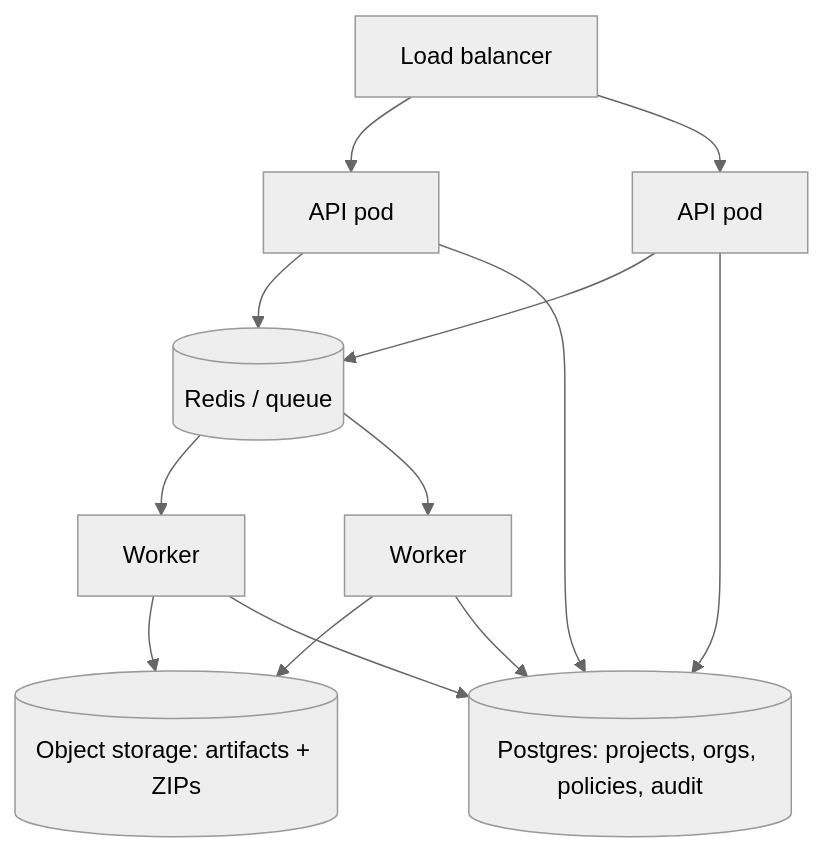
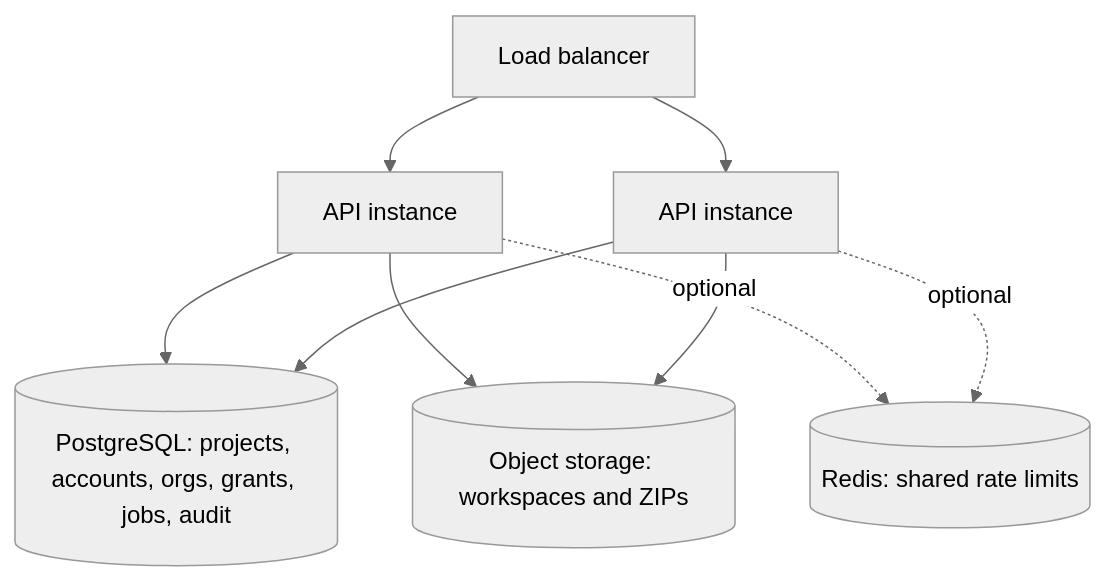
One commit to Kolanupaka92/iactranslate changed the second of 2 diagrams in docs/deployment.md. Above: the diagram before and after it, drawn with Mermaid (neutral theme). The commit also changed other lines of this file and 93 other files, not shown here.

````diff
--- a/docs/deployment.md
+++ b/docs/deployment.md
@@ -157,9 +271,7 @@
 ```mermaid
 flowchart TD
-  LB[Load balancer] --> API1[API pod] & API2[API pod]
-  API1 & API2 --> Q[(Redis / queue)]
-  API1 & API2 --> PG[(Postgres: projects, orgs, policies, audit)]
-  Q --> W1[Worker] & W2[Worker]
-  W1 & W2 --> OBJ[(Object storage: artifacts + ZIPs)]
-  W1 & W2 --> PG
+  LB[Load balancer] --> API1[API instance] & API2[API instance]
+  API1 & API2 --> PG[(PostgreSQL: projects, accounts, orgs, grants, jobs, audit)]
+  API1 & API2 --> OBJ[(Object storage: workspaces and ZIPs)]
+  API1 & API2 -. optional .-> R[(Redis: shared rate limits)]
 ```
````
